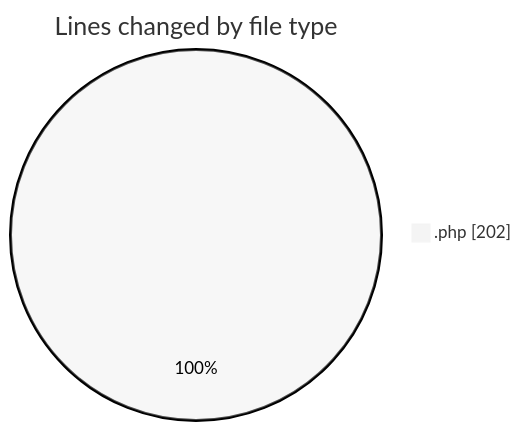
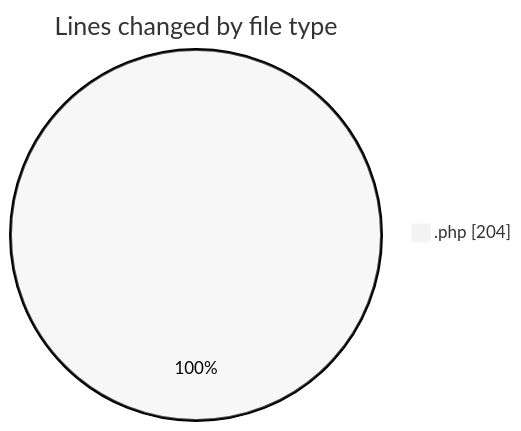
Before and after one commit to LanceThiago/code-tracking: the first of 2 diagrams in 2026-02-07/enviarfacturas/README.md, drawn with Mermaid (neutral theme). The commit also changed other lines of this file and 1 other file, not shown here.

````diff
--- a/2026-02-07/enviarfacturas/README.md
+++ b/2026-02-07/enviarfacturas/README.md
@@ -20,5 +20,5 @@
 ```mermaid
 pie showData
 title Lines changed by file type
-".php" : 202
+".php" : 204
 ```
````
